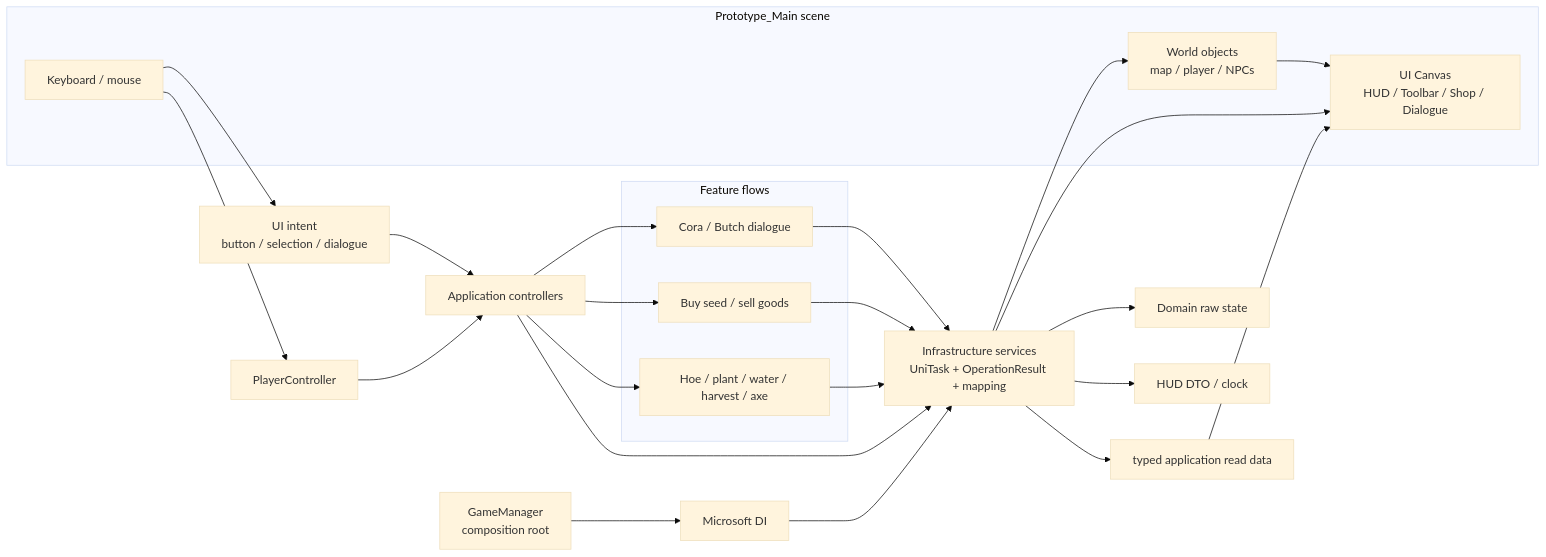
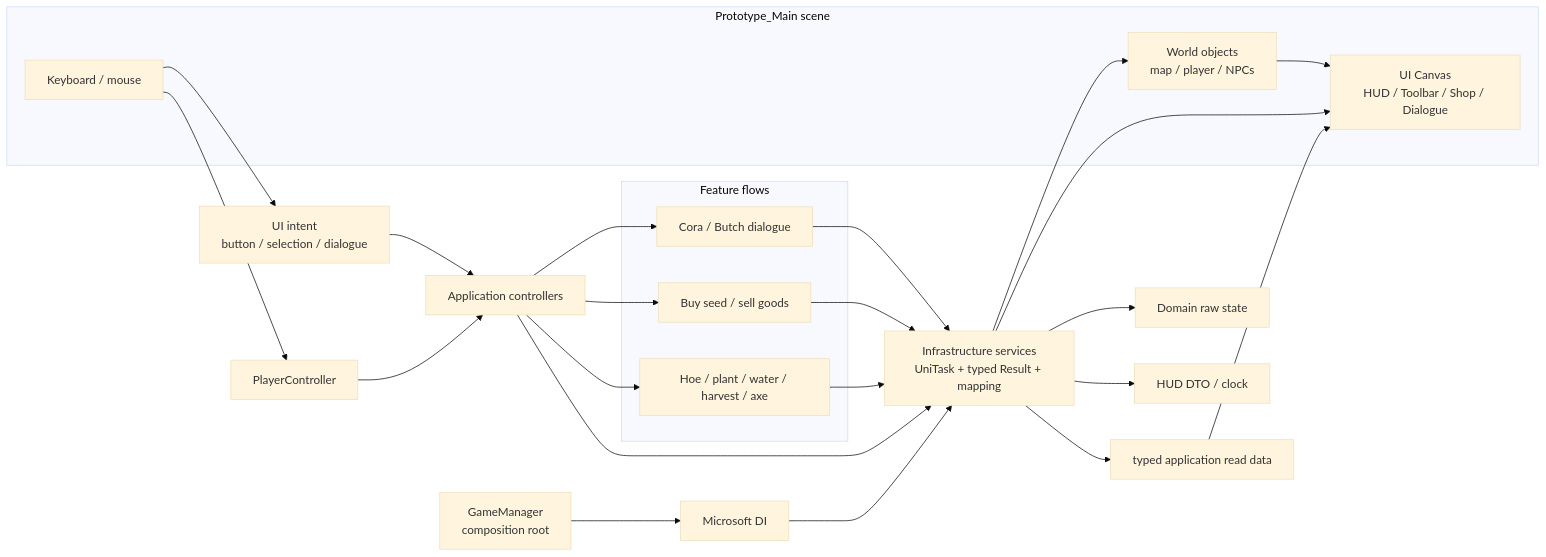
One commit to Phan-Phu/Prorotype_03 changed the first of 4 diagrams in ARCHITECTURE_FLOW.md. Above: the diagram before and after it, drawn with Mermaid (base theme). The commit also changed other lines of this file and 15 other files, not shown here.

````diff
--- a/ARCHITECTURE_FLOW.md
+++ b/ARCHITECTURE_FLOW.md
@@ -12,36 +12,36 @@
 ```mermaid
 flowchart LR
     subgraph Scene[Prototype_Main scene]
         Input[Keyboard / mouse]
         Canvas[UI Canvas\nHUD / Toolbar / Shop / Dialogue]
         World[World objects\nmap / player / NPCs]
     end
 
     Bootstrap[GameManager\ncomposition root] --> DI[Microsoft DI]
-    DI --> Infra[Infrastructure services\nUniTask + OperationResult + mapping]
+    DI --> Infra[Infrastructure services\nUniTask + typed Result + mapping]
     Infra --> State[Domain raw state]
 
     Input --> Player[PlayerController]
     Input --> UIIntent[UI intent\nbutton / selection / dialogue]
     Player --> Actions[Application controllers]
     UIIntent --> Actions
     Actions --> Infra
     Infra --> Query[typed application read data]
     Infra --> World
     Infra --> HUD[HUD DTO / clock]
     Query --> Canvas
     Infra --> Canvas
     World --> Canvas
 
     subgraph Features[Feature flows]
         Farm[Hoe / plant / water / harvest / axe]
         Economy[Buy seed / sell goods]
         NPC[Cora / Butch dialogue]
     end
     Actions --> Farm
     Actions --> Economy
     Actions --> NPC
     Farm --> Infra
     Economy --> Infra
     NPC --> Infra
 ```
````
